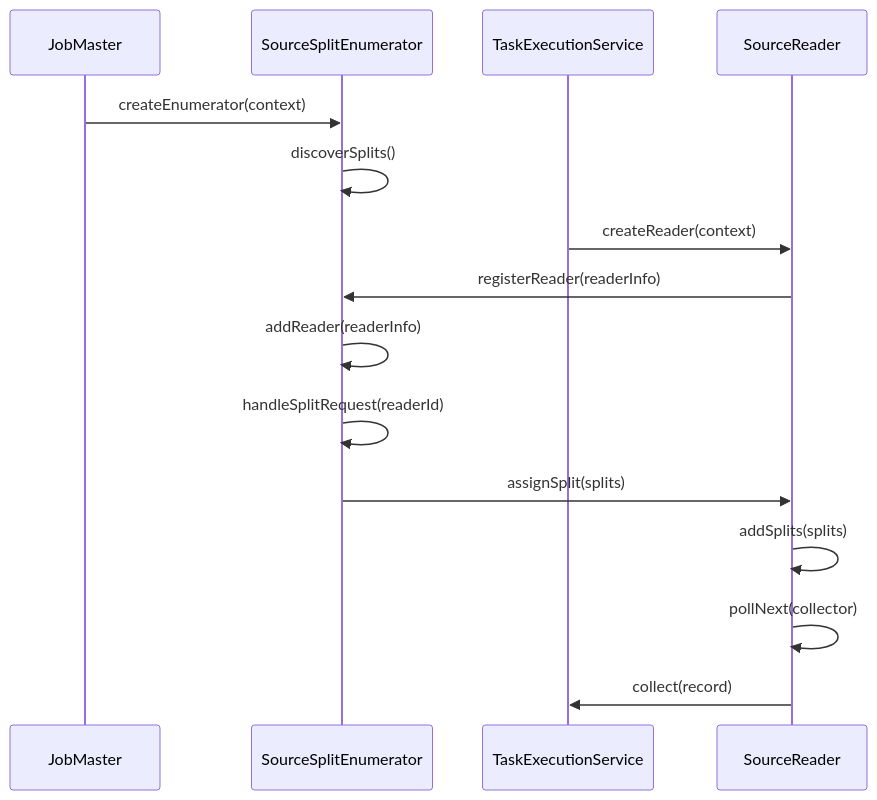
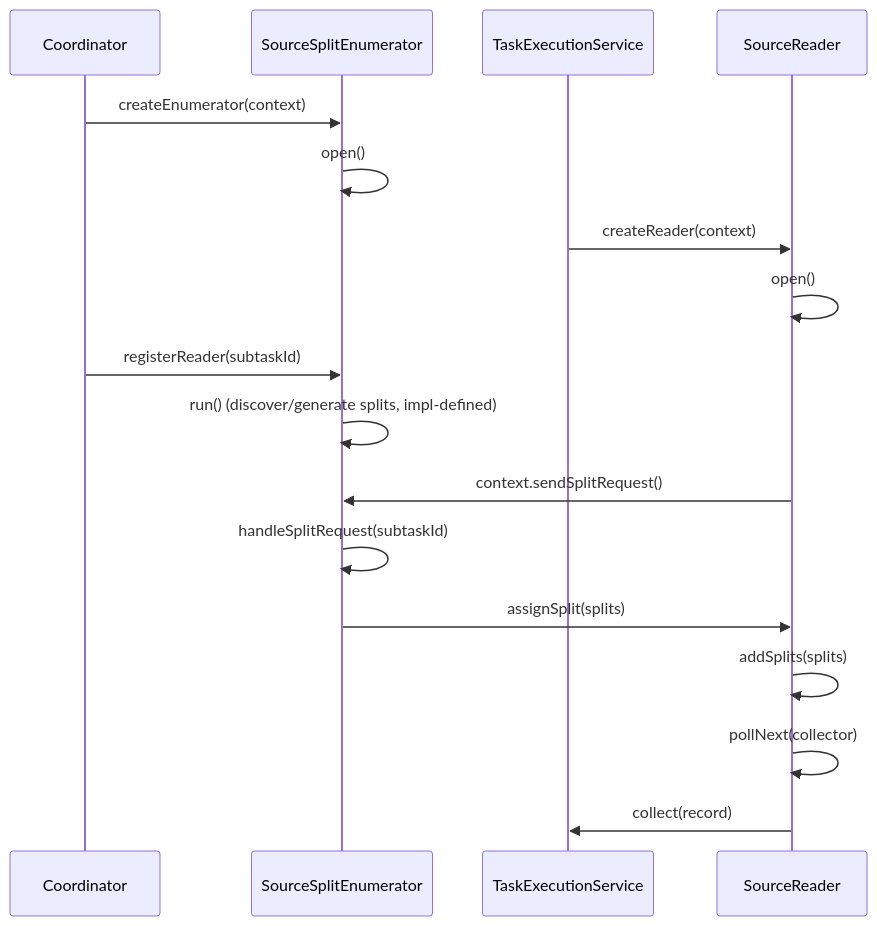
One commit to apache/seatunnel changed the first of 3 diagrams in docs/en/architecture/api-design/source-architecture.md. Above: the diagram before and after it, drawn with Mermaid. The commit also changed other lines of this file and 12 other files, not shown here.

Commit message:
docs: align EN architecture docs with Zeta implementation

````diff
--- a/docs/en/architecture/api-design/source-architecture.md
+++ b/docs/en/architecture/api-design/source-architecture.md
@@ -178,21 +189,24 @@
 ```mermaid
 sequenceDiagram
-    participant JM as JobMaster
+    participant Coord as Coordinator
     participant Enum as SourceSplitEnumerator
     participant Worker as TaskExecutionService
     participant Reader as SourceReader
 
-    JM->>Enum: createEnumerator(context)
-    Enum->>Enum: discoverSplits()
+    Coord->>Enum: createEnumerator(context)
+    Enum->>Enum: open()
 
     Worker->>Reader: createReader(context)
-    Reader->>Enum: registerReader(readerInfo)
+    Reader->>Reader: open()
 
-    Enum->>Enum: addReader(readerInfo)
-    Enum->>Enum: handleSplitRequest(readerId)
+    Coord->>Enum: registerReader(subtaskId)
+    Enum->>Enum: run() (discover/generate splits, impl-defined)
+
+    Reader->>Enum: context.sendSplitRequest()
+    Enum->>Enum: handleSplitRequest(subtaskId)
     Enum->>Reader: assignSplit(splits)
 
     Reader->>Reader: addSplits(splits)
     Reader->>Reader: pollNext(collector)
     Reader->>Worker: collect(record)
 ```
````
